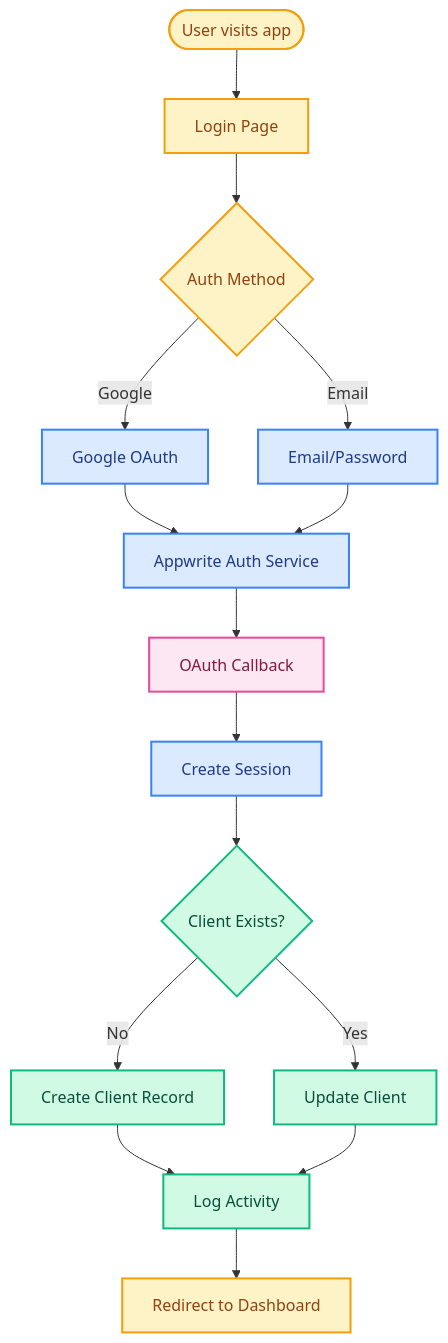
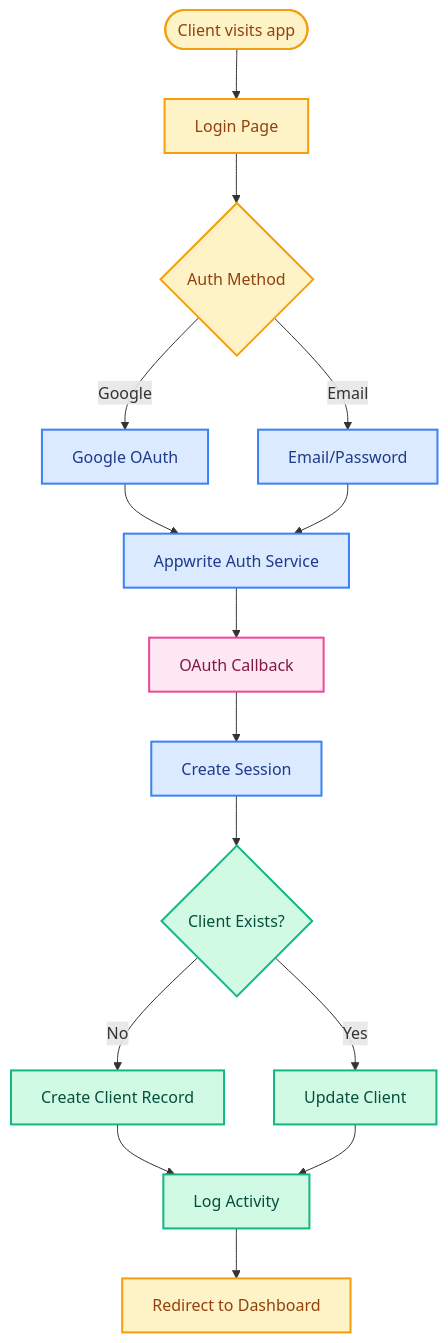
The first of 2 diagrams in docs/diagrams/functional-flow/create-account.md (kpm34/college-football-fantasy-app), drawn with Mermaid before and after one commit. The commit also changed other lines of this file, not shown here.

First line of the commit message:
docs: update authentication diagram to use 'client' terminology

````diff
--- a/docs/diagrams/functional-flow/create-account.md
+++ b/docs/diagrams/functional-flow/create-account.md
@@ -13,43 +13,43 @@
 ```mermaid
 flowchart TB
-  classDef user fill:#fef3c7,stroke:#f59e0b,stroke-width:2,color:#92400e
+  classDef client fill:#fef3c7,stroke:#f59e0b,stroke-width:2,color:#92400e
   classDef auth fill:#dbeafe,stroke:#3b82f6,stroke-width:2,color:#1e3a8a
   classDef db fill:#d1fae5,stroke:#10b981,stroke-width:2,color:#064e3b
   classDef api fill:#fce7f3,stroke:#ec4899,stroke-width:2,color:#831843
   
-  Start([User visits app]):::user
-  Login[Login Page]:::user
-  Choice{Auth Method}:::user
+  Start([Client visits app]):::client
+  Login[Login Page]:::client
+  Choice{Auth Method}:::client
   
   GoogleAuth[Google OAuth]:::auth
   EmailAuth[Email/Password]:::auth
   AppwriteAuth[Appwrite Auth Service]:::auth
   
   Callback[OAuth Callback]:::api
   CreateSession[Create Session]:::auth
   
   CheckClient{Client Exists?}:::db
   CreateClient[Create Client Record]:::db
   UpdateClient[Update Client]:::db
   
   ActivityLog[Log Activity]:::db
-  Dashboard[Redirect to Dashboard]:::user
+  Dashboard[Redirect to Dashboard]:::client
   
   Start --> Login
   Login --> Choice
   Choice -->|Google| GoogleAuth
   Choice -->|Email| EmailAuth
   
   GoogleAuth --> AppwriteAuth
   EmailAuth --> AppwriteAuth
   AppwriteAuth --> Callback
   Callback --> CreateSession
   
   CreateSession --> CheckClient
   CheckClient -->|No| CreateClient
   CheckClient -->|Yes| UpdateClient
   
   CreateClient --> ActivityLog
   UpdateClient --> ActivityLog
   ActivityLog --> Dashboard
 ```
````
